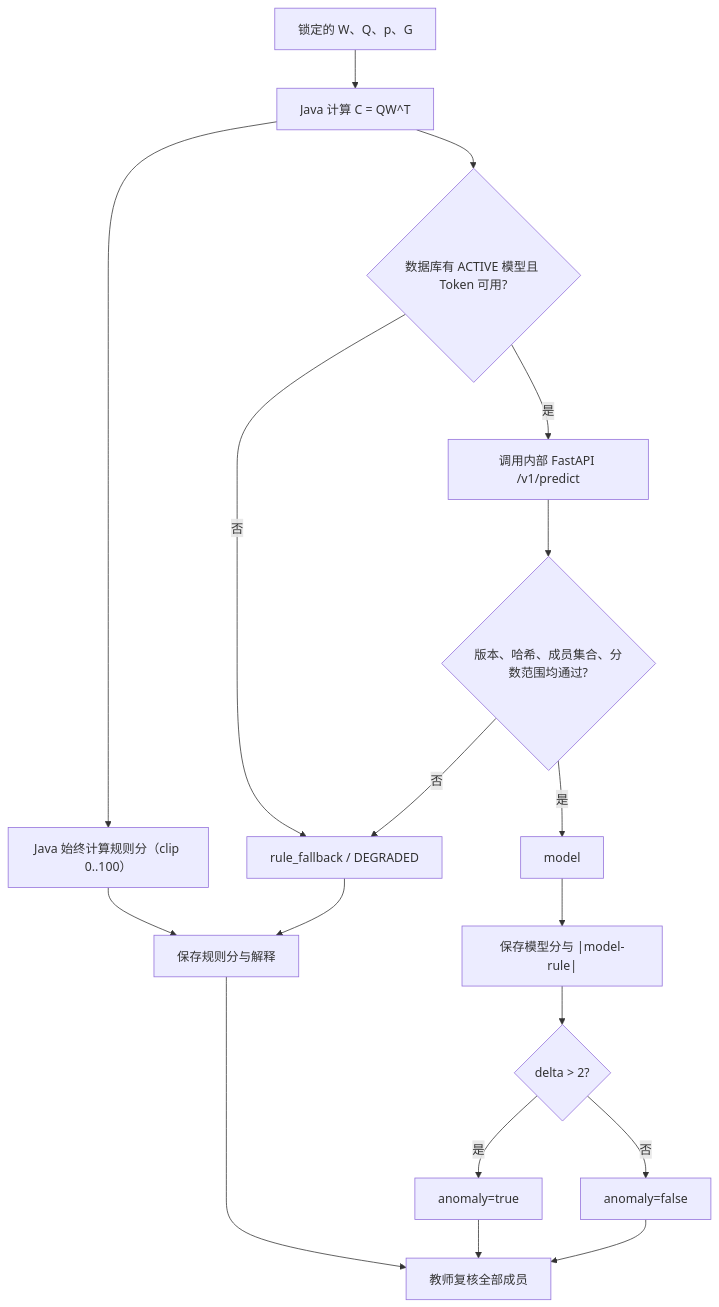
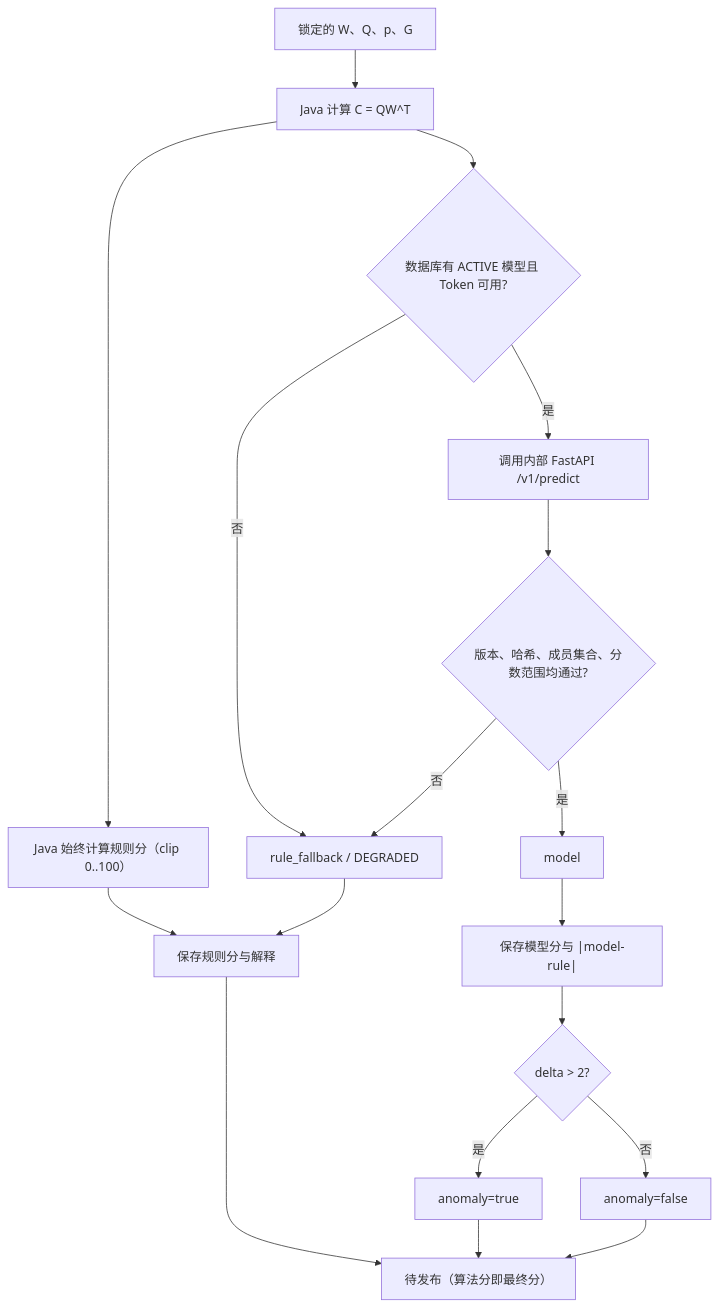
One commit to Anny-ZYF/pbl-demo changed the diagram in docs/SCORING_ALGORITHM.md. Above: the diagram before and after it, drawn with Mermaid. The commit also changed other lines of this file and 26 other files, not shown here.

````diff
--- a/docs/SCORING_ALGORITHM.md
+++ b/docs/SCORING_ALGORITHM.md
@@ -104,20 +115,20 @@
 ```mermaid
 flowchart TD
     I["锁定的 W、Q、p、G"] --> C["Java 计算 C = QW^T"]
     C --> R["Java 始终计算规则分（clip 0..100）"]
     C --> E{"数据库有 ACTIVE 模型且 Token 可用?"}
     E -->|"否"| RF["rule_fallback / DEGRADED"]
     E -->|"是"| P["调用内部 FastAPI /v1/predict"]
     P --> V{"版本、哈希、成员集合、分数范围均通过?"}
     V -->|"否"| RF
     V -->|"是"| M["model"]
     R --> S["保存规则分与解释"]
     RF --> S
     M --> D["保存模型分与 |model-rule|"]
     D --> A{"delta > 2?"}
     A -->|"是"| X["anomaly=true"]
     A -->|"否"| N["anomaly=false"]
-    S --> H["教师复核全部成员"]
+    S --> H["待发布（算法分即最终分）"]
     X --> H
     N --> H
 ```
````
